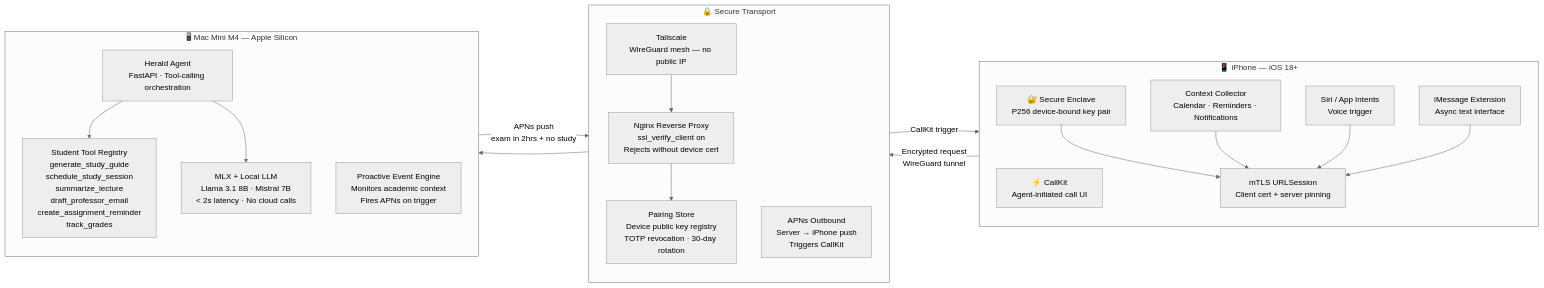
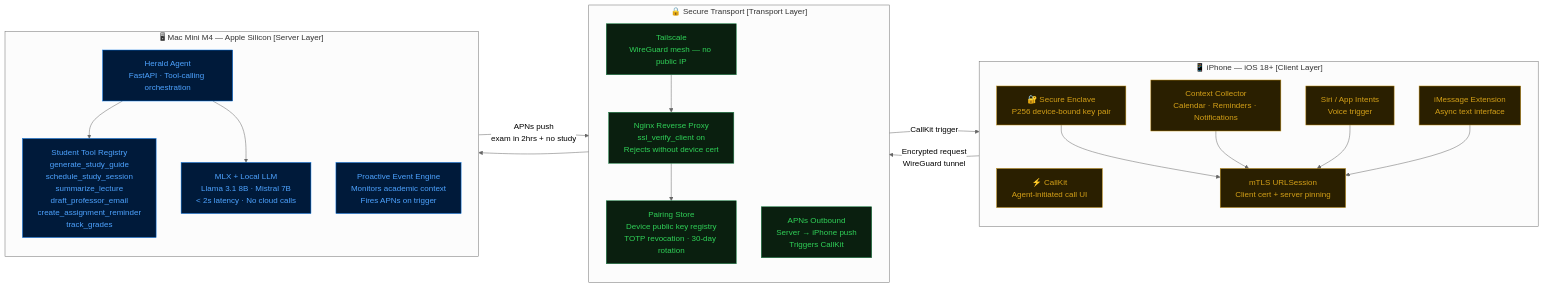
Before and after one commit to bbyrd2021/herald: the first of 4 diagrams in ARCHITECTURE.md, drawn with Mermaid (neutral theme).

Commit message:
Annotate flowchart nodes by layer with color coding
Each node is now color-coded by layer (gold = client, green = transport,
blue = server) and subgraph titles carry explicit layer labels.

````diff
--- a/ARCHITECTURE.md
+++ b/ARCHITECTURE.md
@@ -3,42 +3,50 @@
 ```mermaid
 flowchart LR
-    subgraph iPhone["📱 iPhone — iOS 18+"]
+    classDef iphone    fill:#2a1f00,stroke:#b8860b,color:#d4a017
+    classDef transport fill:#0a1f0f,stroke:#1d8348,color:#30d158
+    classDef server    fill:#001a3a,stroke:#0071e3,color:#4da3ff
+
+    subgraph iPhone["📱 iPhone — iOS 18+  [Client Layer]"]
         direction TB
         CK["⚡ CallKit\nAgent-initiated call UI"]
         SI["Siri / App Intents\nVoice trigger"]
         IM["iMessage Extension\nAsync text interface"]
         CC["Context Collector\nCalendar · Reminders · Notifications"]
         SE["🔐 Secure Enclave\nP256 device-bound key pair"]
         MT["mTLS URLSession\nClient cert + server pinning"]
     end
 
-    subgraph Transport["🔒 Secure Transport"]
+    subgraph Transport["🔒 Secure Transport  [Transport Layer]"]
         direction TB
         TS["Tailscale\nWireGuard mesh — no public IP"]
         NX["Nginx Reverse Proxy\nssl_verify_client on\nRejects without device cert"]
         AP["APNs Outbound\nServer → iPhone push\nTriggers CallKit"]
         PC["Pairing Store\nDevice public key registry\nTOTP revocation · 30-day rotation"]
     end
 
-    subgraph MacMini["🖥 Mac Mini M4 — Apple Silicon"]
+    subgraph MacMini["🖥 Mac Mini M4 — Apple Silicon  [Server Layer]"]
         direction TB
         AG["Herald Agent\nFastAPI · Tool-calling orchestration"]
         TR["Student Tool Registry\ngenerate_study_guide\nschedule_study_session\nsummarize_lecture\ndraft_professor_email\ncreate_assignment_reminder\ntrack_grades"]
         PE["Proactive Event Engine\nMonitors academic context\nFires APNs on trigger"]
         LM["MLX + Local LLM\nLlama 3.1 8B · Mistral 7B\n< 2s latency · No cloud calls"]
     end
 
     MT -->|"Encrypted request\nWireGuard tunnel"| TS
     TS --> NX
     NX --> AG
     AG --> TR
     AG --> LM
     PE -->|"APNs push\nexam in 2hrs + no study"| AP
     AP -->|"CallKit trigger"| CK
 
     SE --> MT
     CC --> MT
     SI --> MT
     IM --> MT
     NX --> PC
+
+    class CK,SI,IM,CC,SE,MT iphone
+    class TS,NX,AP,PC transport
+    class AG,TR,PE,LM server
 ```
````
